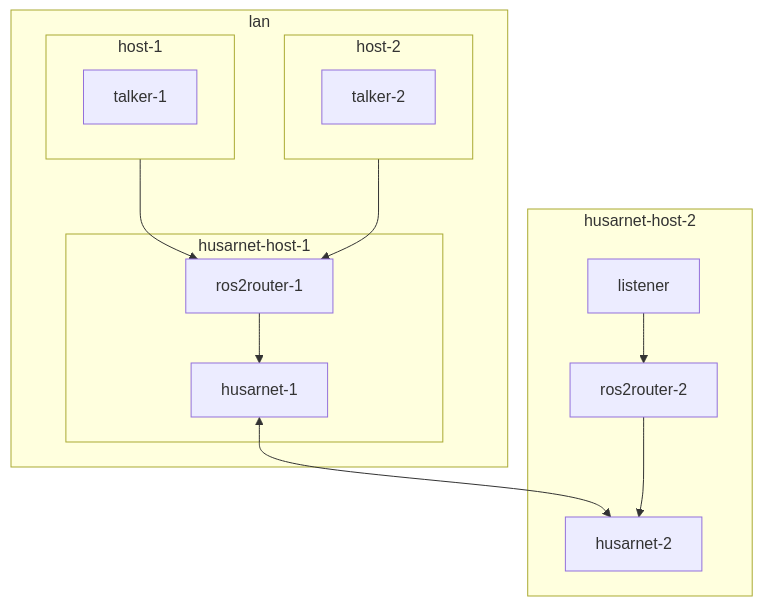
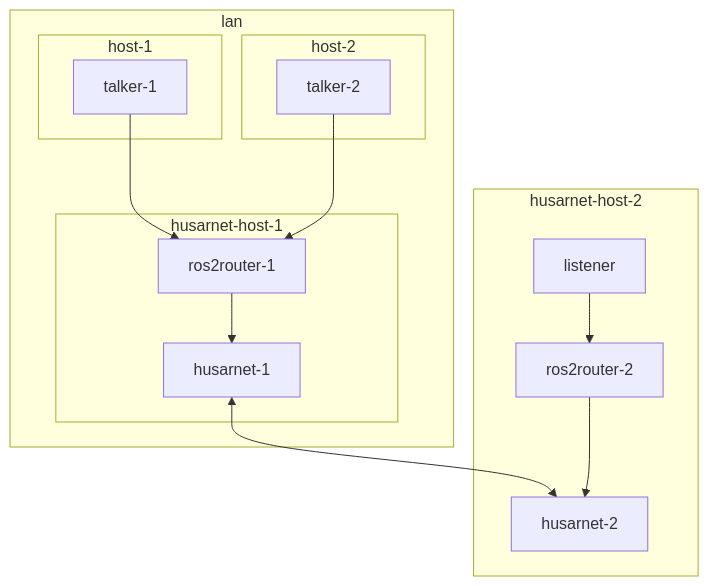
One commit to DominikN/husarnet-ros2-bridge-lan changed the diagram in README.md. Above: the diagram before and after it, drawn with Mermaid.

Commit message:
update the diagram

````diff
--- a/README.md
+++ b/README.md
@@ -3,31 +3,31 @@
 ```mermaid
 graph TB
     subgraph lan
         subgraph host-1
             talker-1
         end
         subgraph host-2
             talker-2
         end
         subgraph husarnet-host-1
             ros2router-1
             husarnet-1
         end
     end
 
     subgraph husarnet-host-2
         ros2router-2
         husarnet-2
         listener
     end
     
-    host-1-->ros2router-1
-    host-2-->ros2router-1
+    talker-1-->ros2router-1
+    talker-2-->ros2router-1
 
     ros2router-1-->husarnet-1
 
     husarnet-1<-->husarnet-2
 
     ros2router-2-->husarnet-2
     listener-->ros2router-2
 ```
````
